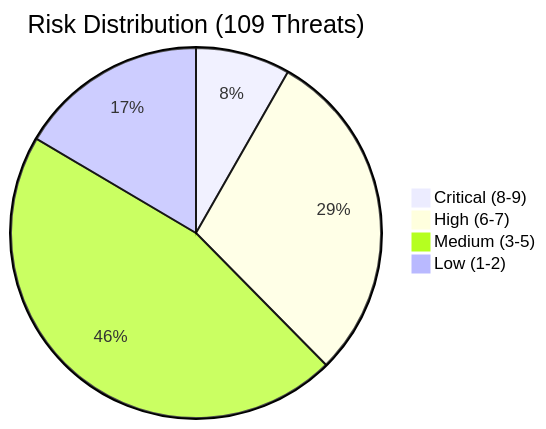
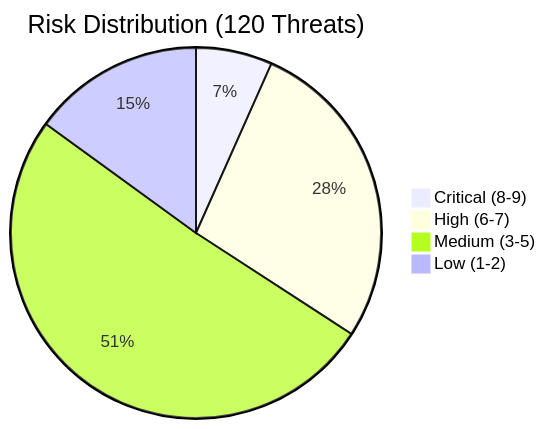
Before and after one commit to aws-solutions-library-samples/accelerated-intelligent-document-processing-on-aws: the diagram in security/threat-modeling/risk-assessment/risk-matrix.md, drawn with Mermaid. The commit also changed other lines of this file and 26 other files, not shown here.

````diff
--- a/security/threat-modeling/risk-assessment/risk-matrix.md
+++ b/security/threat-modeling/risk-assessment/risk-matrix.md
@@ -182,7 +194,7 @@
 ```mermaid
-pie title Risk Distribution (109 Threats)
-    "Critical (8-9)" : 9
-    "High (6-7)" : 32
-    "Medium (3-5)" : 50
+pie title Risk Distribution (120 Threats)
+    "Critical (8-9)" : 8
+    "High (6-7)" : 33
+    "Medium (3-5)" : 61
     "Low (1-2)" : 18
 ```
````
